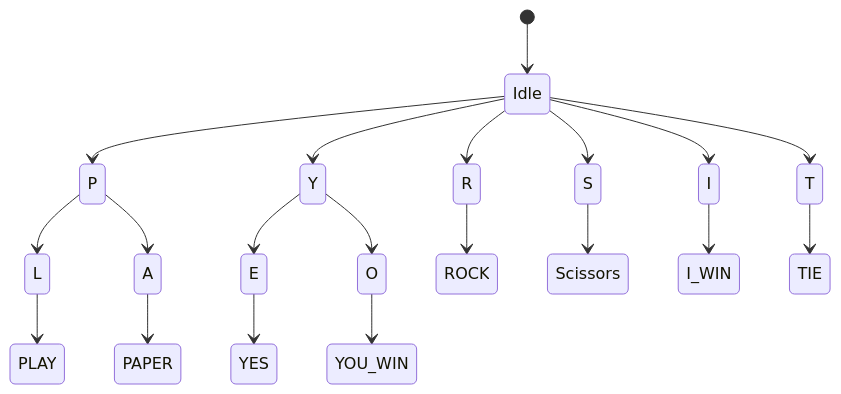
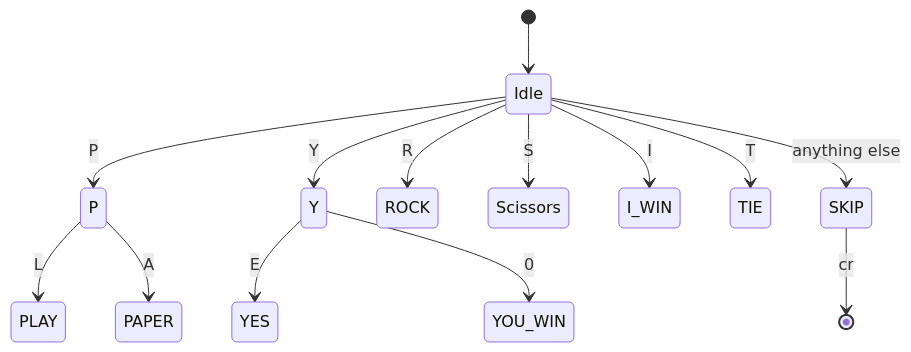
Before and after one commit to n7jti/robot-roshambo: the third of 3 diagrams in docs/game.md, drawn with Mermaid. The commit also changed 1 other file, not shown here.

Commit message:
check in partial work

````diff
--- a/docs/game.md
+++ b/docs/game.md
@@ -55,43 +55,41 @@
 ```mermaid
 stateDiagram-v2
 
 [*] --> Idle
 # PLAY
-Idle --> P
-P --> L
-L --> PLAY
+Idle --> P : P
+
+P --> PLAY : L
 
 
 #YES
-Idle --> Y
-Y --> E
-E --> YES
+Idle --> Y : Y
+Y --> YES : E
 
 #ROCK
-Idle --> R
-R --> ROCK
+Idle --> ROCK : R
 
 #PAPER
-P --> A
-A --> PAPER
+P --> PAPER : A
 
 #SCISSORS
-Idle --> S
-S --> Scissors
+Idle --> Scissors : S
 
 #YOU WIN
-Y --> O
-O --> YOU_WIN
+Y --> YOU_WIN : 0
 
 #I WIN
-Idle --> I
-I --> I_WIN
+Idle --> I_WIN : I
 
 #TIE
-Idle --> T
-T --> TIE
+Idle --> TIE : T
+
+# SKIP
+Idle --> SKIP : anything else
+
+SKIP --> [*] : cr
 
 
 
 
 ```
````
